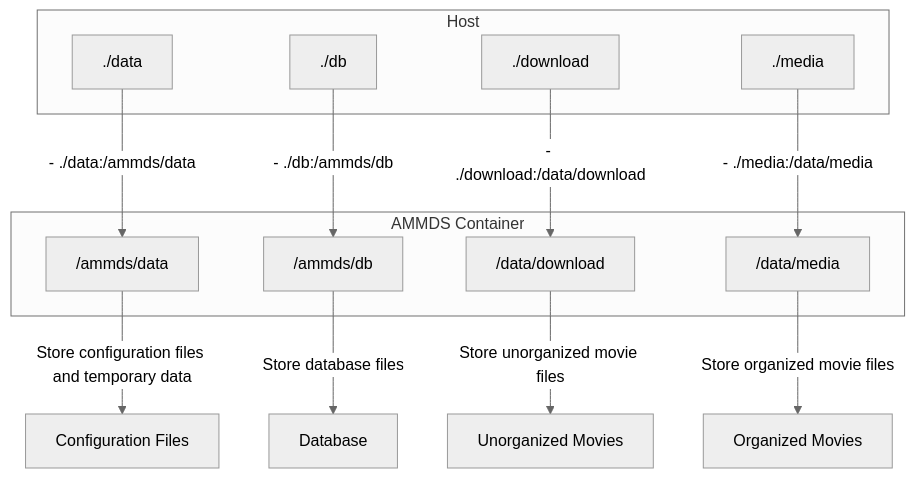
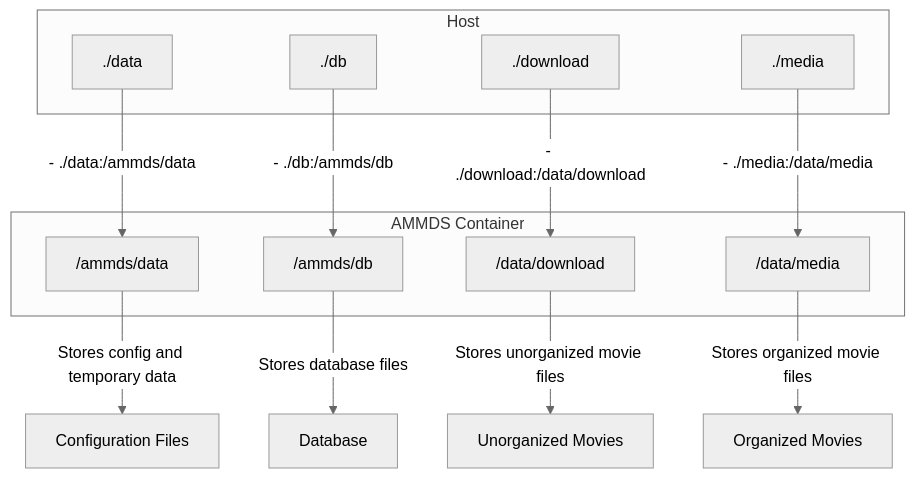
Before and after one commit to QYG2297248353/AMMDS-DOC: the first of 5 diagrams in i18n/en/docusaurus-plugin-content-docs/current/usage/Mount.md, drawn with Mermaid (neutral theme). The commit also changed other lines of this file and 148 other files, not shown here.

````diff
--- a/i18n/en/docusaurus-plugin-content-docs/current/usage/Mount.md
+++ b/i18n/en/docusaurus-plugin-content-docs/current/usage/Mount.md
@@ -39,30 +41,30 @@
 ```mermaid
 flowchart TD
     %% Host directories
     subgraph HOST["Host"]
         H_DATA["./data"]
         H_DB["./db"]
         H_DOWNLOAD["./download"]
         H_MEDIA["./media"]
     end
 
     %% AMMDS container
     subgraph AMMDS["AMMDS Container"]
         A_DATA["/ammds/data"]
         A_DB["/ammds/db"]
         A_DOWNLOAD["/data/download"]
         A_MEDIA["/data/media"]
     end
 
     %% Mounting relationships
     H_DATA -->|"- ./data:/ammds/data"| A_DATA
     H_DB -->|"- ./db:/ammds/db"| A_DB
     H_DOWNLOAD -->|"- ./download:/data/download"| A_DOWNLOAD
     H_MEDIA -->|"- ./media:/data/media"| A_MEDIA
 
     %% Explanation
-    A_DATA -->|"Store configuration files and temporary data"| CONFIG["Configuration Files"]
-    A_DB -->|"Store database files"| DATABASE["Database"]
-    A_DOWNLOAD -->|"Store unorganized movie files"| RAW_MEDIA["Unorganized Movies"]
-    A_MEDIA -->|"Store organized movie files"| PROCESSED_MEDIA["Organized Movies"]
+    A_DATA -->|"Stores config and temporary data"| CONFIG["Configuration Files"]
+    A_DB -->|"Stores database files"| DATABASE["Database"]
+    A_DOWNLOAD -->|"Stores unorganized movie files"| RAW_MEDIA["Unorganized Movies"]
+    A_MEDIA -->|"Stores organized movie files"| PROCESSED_MEDIA["Organized Movies"]
 ```
````
